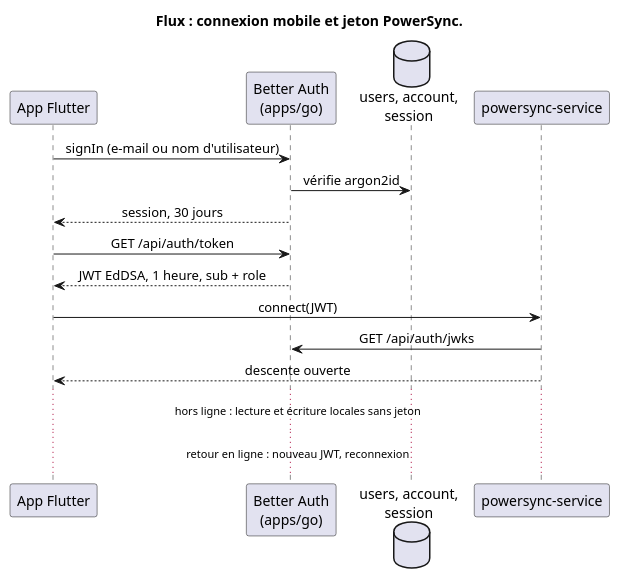
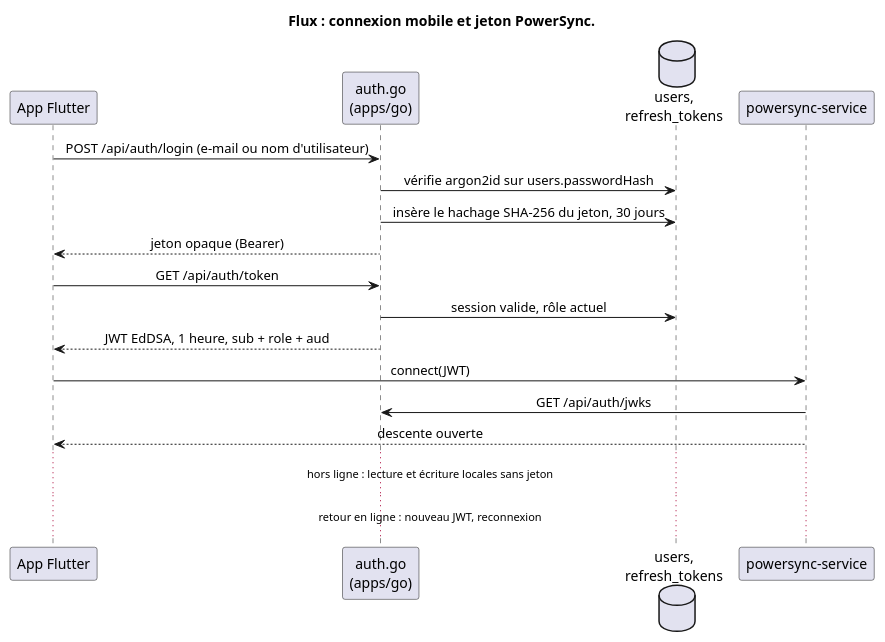
Before and after one commit to Compagnie-Prestige-Immobilier/crm-monorepo: the diagram in docs/v2-refonte/diagrammes/06-flux-auth.puml, drawn with PlantUML. The commit also changed 9 other files, not shown here.

```diff
--- a/docs/v2-refonte/diagrammes/06-flux-auth.puml
+++ b/docs/v2-refonte/diagrammes/06-flux-auth.puml
@@ -1,20 +1,22 @@
 @startuml 06-flux-auth
 title Flux : connexion mobile et jeton PowerSync.
 skinparam sequenceMessageAlign center
 
 participant "App Flutter" as app
-participant "Better Auth\n(apps/go)" as ba
-database "users, account,\nsession" as db
+participant "auth.go\n(apps/go)" as go
+database "users,\nrefresh_tokens" as db
 participant "powersync-service" as ps
 
-app -> ba : signIn (e-mail ou nom d'utilisateur)
-ba -> db : vérifie argon2id
-ba --> app : session, 30 jours
-app -> ba : GET /api/auth/token
-ba --> app : JWT EdDSA, 1 heure, sub + role
+app -> go : POST /api/auth/login (e-mail ou nom d'utilisateur)
+go -> db : vérifie argon2id sur users.passwordHash
+go -> db : insère le hachage SHA-256 du jeton, 30 jours
+go --> app : jeton opaque (Bearer)
+app -> go : GET /api/auth/token
+go -> db : session valide, rôle actuel
+go --> app : JWT EdDSA, 1 heure, sub + role + aud
 app -> ps : connect(JWT)
-ps -> ba : GET /api/auth/jwks
+ps -> go : GET /api/auth/jwks
 ps --> app : descente ouverte
 ... hors ligne : lecture et écriture locales sans jeton ...
 ... retour en ligne : nouveau JWT, reconnexion ...
 @enduml
```
